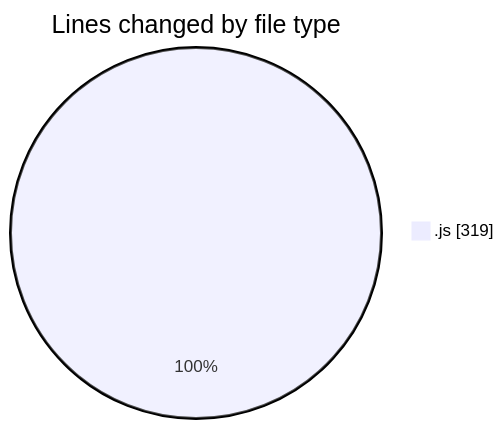
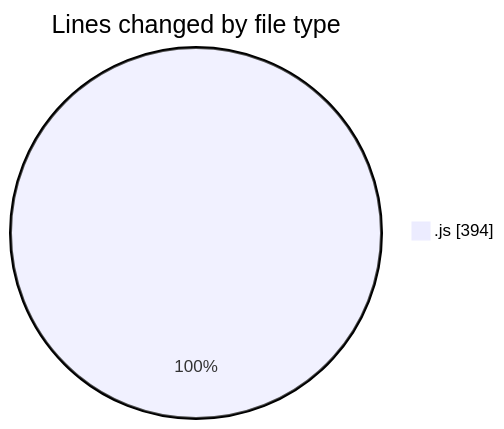
One commit to momahboobian/code-tracking changed the first of 2 diagrams in 2025-02-03/cda/README.md. Above: the diagram before and after it, drawn with Mermaid. The commit also changed other lines of this file and 1 other file, not shown here.

````diff
--- a/2025-02-03/cda/README.md
+++ b/2025-02-03/cda/README.md
@@ -22,5 +22,5 @@
 ```mermaid
 pie showData
 title Lines changed by file type
-".js" : 319
+".js" : 394
 ```
````
